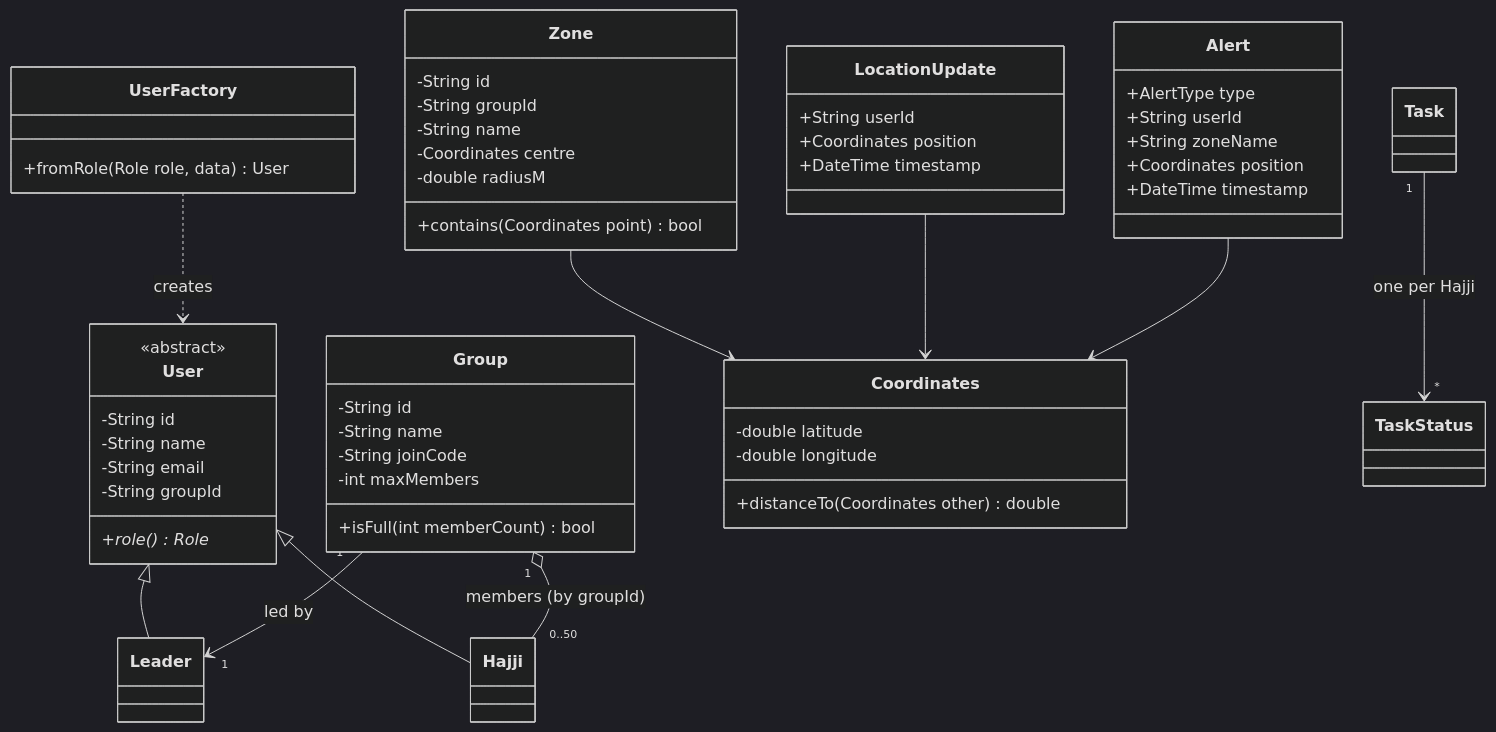
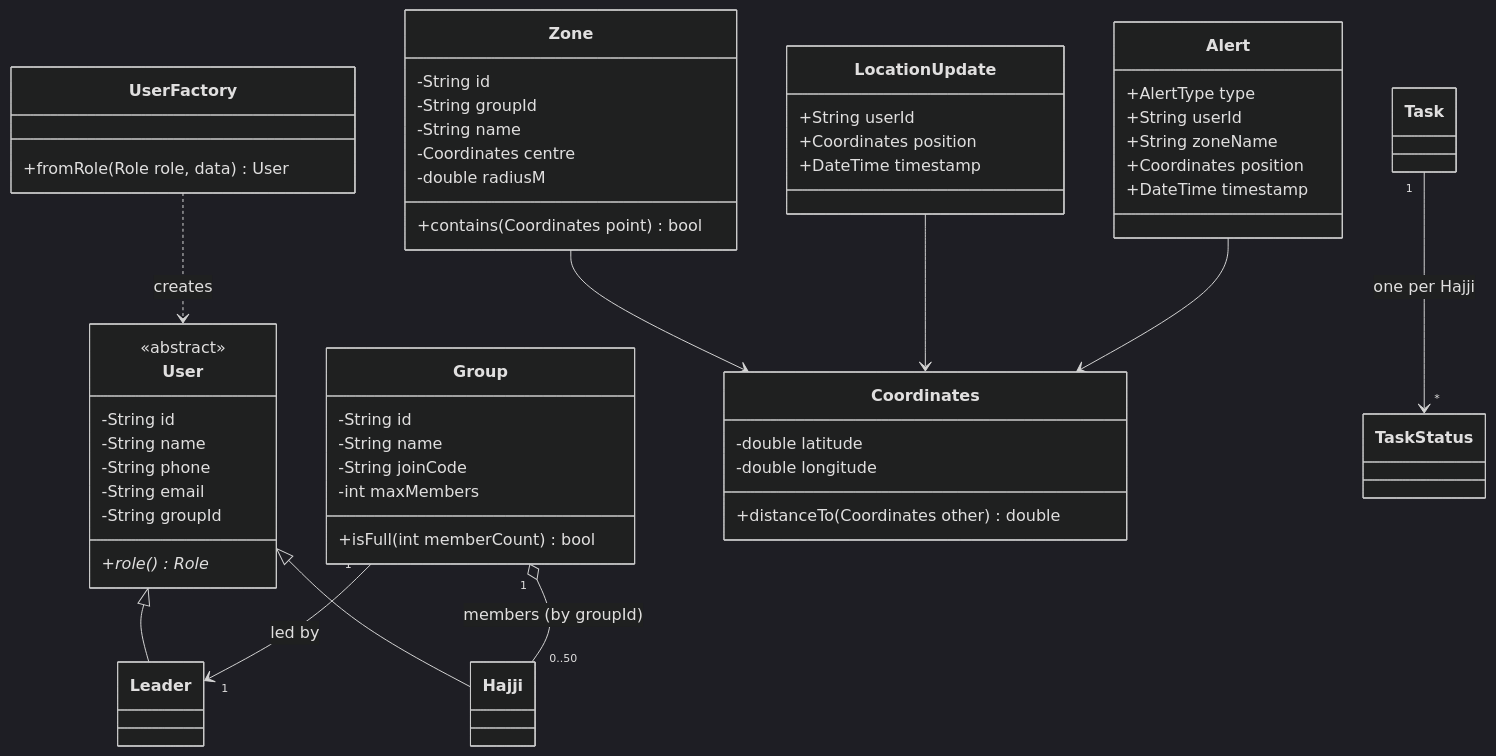
The diagram in docs/TRD.md (sazzad1620/hajjmate), drawn with Mermaid (dark theme) before and after one commit. The commit also changed other lines of this file and 24 other files, not shown here.

````diff
--- a/docs/TRD.md
+++ b/docs/TRD.md
@@ -103,60 +104,61 @@
 ```mermaid
 classDiagram
     class User {
         <<abstract>>
         -String id
         -String name
+        -String phone
         -String email
         -String groupId
         +role() Role*
     }
     class Leader
     class Hajji
     class UserFactory {
         +fromRole(Role role, data) User
     }
     class Group {
         -String id
         -String name
         -String joinCode
         -int maxMembers
         +isFull(int memberCount) bool
     }
     class Coordinates {
         -double latitude
         -double longitude
         +distanceTo(Coordinates other) double
     }
     class Zone {
         -String id
         -String groupId
         -String name
         -Coordinates centre
         -double radiusM
         +contains(Coordinates point) bool
     }
     class LocationUpdate {
         +String userId
         +Coordinates position
         +DateTime timestamp
     }
     class Alert {
         +AlertType type
         +String userId
         +String zoneName
         +Coordinates position
         +DateTime timestamp
     }
     class Task
     class TaskStatus
 
     User <|-- Leader
     User <|-- Hajji
     UserFactory ..> User : creates
     Group "1" o-- "0..50" Hajji : members (by groupId)
     Group "1" --> "1" Leader : led by
     Zone --> Coordinates
     LocationUpdate --> Coordinates
     Alert --> Coordinates
     Task "1" --> "*" TaskStatus : one per Hajji
 ```
````
